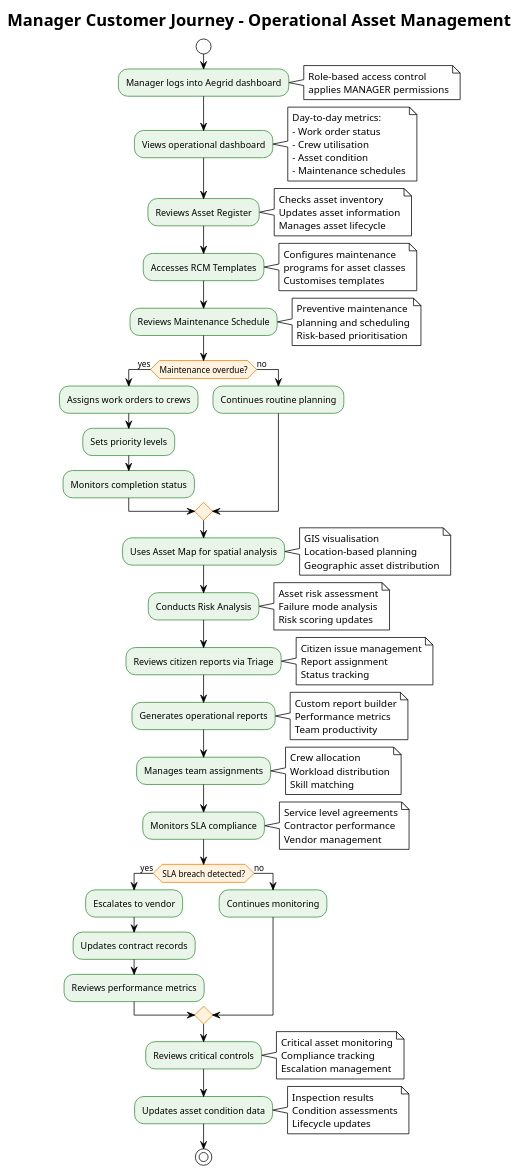
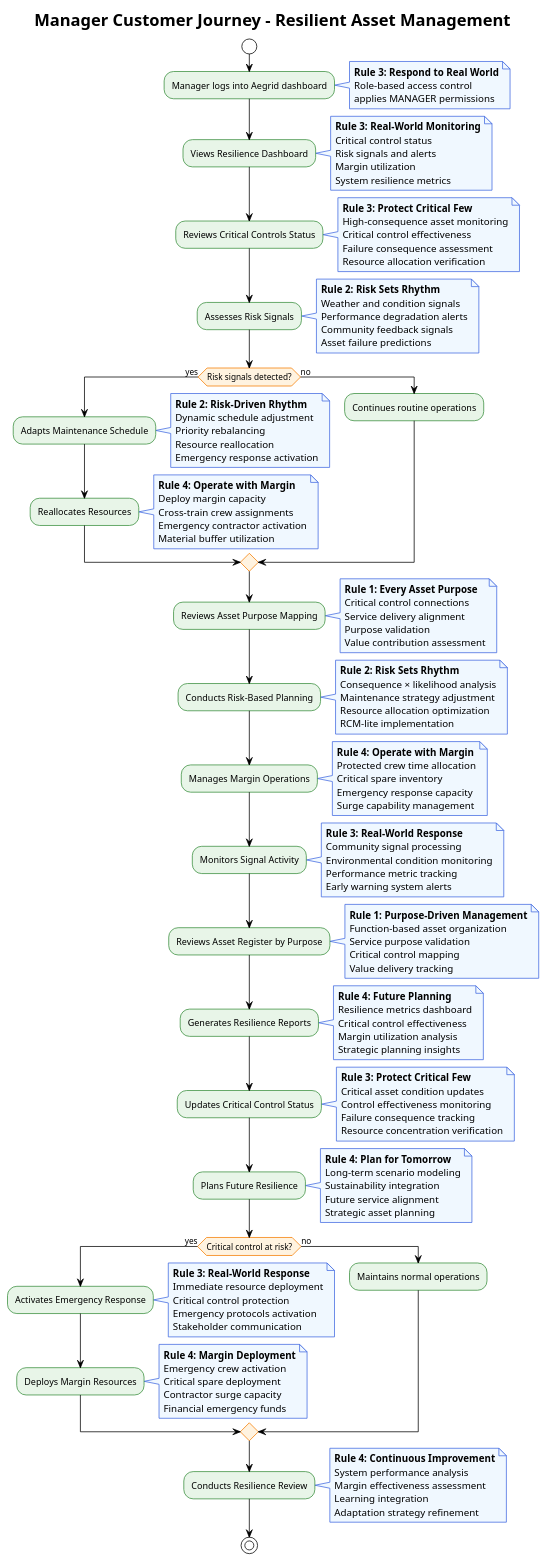
Before and after one commit to Duds/CouncilWorks: the diagram in docs/architecture/customer-journeys/manager-journey.puml, drawn with PlantUML. The commit also changed 37 other files, not shown here.

First line of the commit message:
feat: enhance customer journeys and fix PlantUML syntax

```diff
--- a/docs/architecture/customer-journeys/manager-journey.puml
+++ b/docs/architecture/customer-journeys/manager-journey.puml
@@ -1,76 +1,83 @@
-@startuml Manager Customer Journey
+@startuml Manager Customer Journey - Resilient Asset Management
 !theme plain
 skinparam backgroundColor #FFFFFF
 skinparam activity {
   BackgroundColor #E8F5E8
   BorderColor #388E3C
   FontColor #000000
 }
 skinparam activityDiamond {
   BackgroundColor #FFF3E0
   BorderColor #F57C00
   FontColor #000000
 }
+skinparam note {
+  BackgroundColor #F0F8FF
+  BorderColor #4169E1
+  FontColor #000000
+}
 
-title Manager Customer Journey - Operational Asset Management
+title Manager Customer Journey - Resilient Asset Management
 
 start
 
 :Manager logs into Aegrid dashboard;
-note right: Role-based access control\napplies MANAGER permissions
+note right: **Rule 3: Respond to Real World**\nRole-based access control\napplies MANAGER permissions
 
-:Views operational dashboard;
-note right: Day-to-day metrics:\n- Work order status\n- Crew utilisation\n- Asset condition\n- Maintenance schedules
+:Views Resilience Dashboard;
+note right: **Rule 3: Real-World Monitoring**\nCritical control status\nRisk signals and alerts\nMargin utilization\nSystem resilience metrics
 
-:Reviews Asset Register;
-note right: Checks asset inventory\nUpdates asset information\nManages asset lifecycle
+:Reviews Critical Controls Status;
+note right: **Rule 3: Protect Critical Few**\nHigh-consequence asset monitoring\nCritical control effectiveness\nFailure consequence assessment\nResource allocation verification
 
-:Accesses RCM Templates;
-note right: Configures maintenance\nprograms for asset classes\nCustomises templates
+:Assesses Risk Signals;
+note right: **Rule 2: Risk Sets Rhythm**\nWeather and condition signals\nPerformance degradation alerts\nCommunity feedback signals\nAsset failure predictions
 
-:Reviews Maintenance Schedule;
-note right: Preventive maintenance\nplanning and scheduling\nRisk-based prioritisation
-
-if (Maintenance overdue?) then (yes)
-  :Assigns work orders to crews;
-  :Sets priority levels;
-  :Monitors completion status;
+if (Risk signals detected?) then (yes)
+  :Adapts Maintenance Schedule;
+  note right: **Rule 2: Risk-Driven Rhythm**\nDynamic schedule adjustment\nPriority rebalancing\nResource reallocation\nEmergency response activation
+  :Reallocates Resources;
+  note right: **Rule 4: Operate with Margin**\nDeploy margin capacity\nCross-train crew assignments\nEmergency contractor activation\nMaterial buffer utilization
 else (no)
-  :Continues routine planning;
+  :Continues routine operations;
 endif
 
-:Uses Asset Map for spatial analysis;
-note right: GIS visualisation\nLocation-based planning\nGeographic asset distribution
+:Reviews Asset Purpose Mapping;
+note right: **Rule 1: Every Asset Purpose**\nCritical control connections\nService delivery alignment\nPurpose validation\nValue contribution assessment
 
-:Conducts Risk Analysis;
-note right: Asset risk assessment\nFailure mode analysis\nRisk scoring updates
+:Conducts Risk-Based Planning;
+note right: **Rule 2: Risk Sets Rhythm**\nConsequence × likelihood analysis\nMaintenance strategy adjustment\nResource allocation optimization\nRCM-lite implementation
 
-:Reviews citizen reports via Triage;
-note right: Citizen issue management\nReport assignment\nStatus tracking
+:Manages Margin Operations;
+note right: **Rule 4: Operate with Margin**\nProtected crew time allocation\nCritical spare inventory\nEmergency response capacity\nSurge capability management
 
-:Generates operational reports;
-note right: Custom report builder\nPerformance metrics\nTeam productivity
+:Monitors Signal Activity;
+note right: **Rule 3: Real-World Response**\nCommunity signal processing\nEnvironmental condition monitoring\nPerformance metric tracking\nEarly warning system alerts
 
-:Manages team assignments;
-note right: Crew allocation\nWorkload distribution\nSkill matching
+:Reviews Asset Register by Purpose;
+note right: **Rule 1: Purpose-Driven Management**\nFunction-based asset organization\nService purpose validation\nCritical control mapping\nValue delivery tracking
 
-:Monitors SLA compliance;
-note right: Service level agreements\nContractor performance\nVendor management
+:Generates Resilience Reports;
+note right: **Rule 4: Future Planning**\nResilience metrics dashboard\nCritical control effectiveness\nMargin utilization analysis\nStrategic planning insights
 
-if (SLA breach detected?) then (yes)
-  :Escalates to vendor;
-  :Updates contract records;
-  :Reviews performance metrics;
+:Updates Critical Control Status;
+note right: **Rule 3: Protect Critical Few**\nCritical asset condition updates\nControl effectiveness monitoring\nFailure consequence tracking\nResource concentration verification
+
+:Plans Future Resilience;
+note right: **Rule 4: Plan for Tomorrow**\nLong-term scenario modeling\nSustainability integration\nFuture service alignment\nStrategic asset planning
+
+if (Critical control at risk?) then (yes)
+  :Activates Emergency Response;
+  note right: **Rule 3: Real-World Response**\nImmediate resource deployment\nCritical control protection\nEmergency protocols activation\nStakeholder communication
+  :Deploys Margin Resources;
+  note right: **Rule 4: Margin Deployment**\nEmergency crew activation\nCritical spare deployment\nContractor surge capacity\nFinancial emergency funds
 else (no)
-  :Continues monitoring;
+  :Maintains normal operations;
 endif
 
-:Reviews critical controls;
-note right: Critical asset monitoring\nCompliance tracking\nEscalation management
-
-:Updates asset condition data;
-note right: Inspection results\nCondition assessments\nLifecycle updates
+:Conducts Resilience Review;
+note right: **Rule 4: Continuous Improvement**\nSystem performance analysis\nMargin effectiveness assessment\nLearning integration\nAdaptation strategy refinement
 
 stop
 
 @enduml
```
